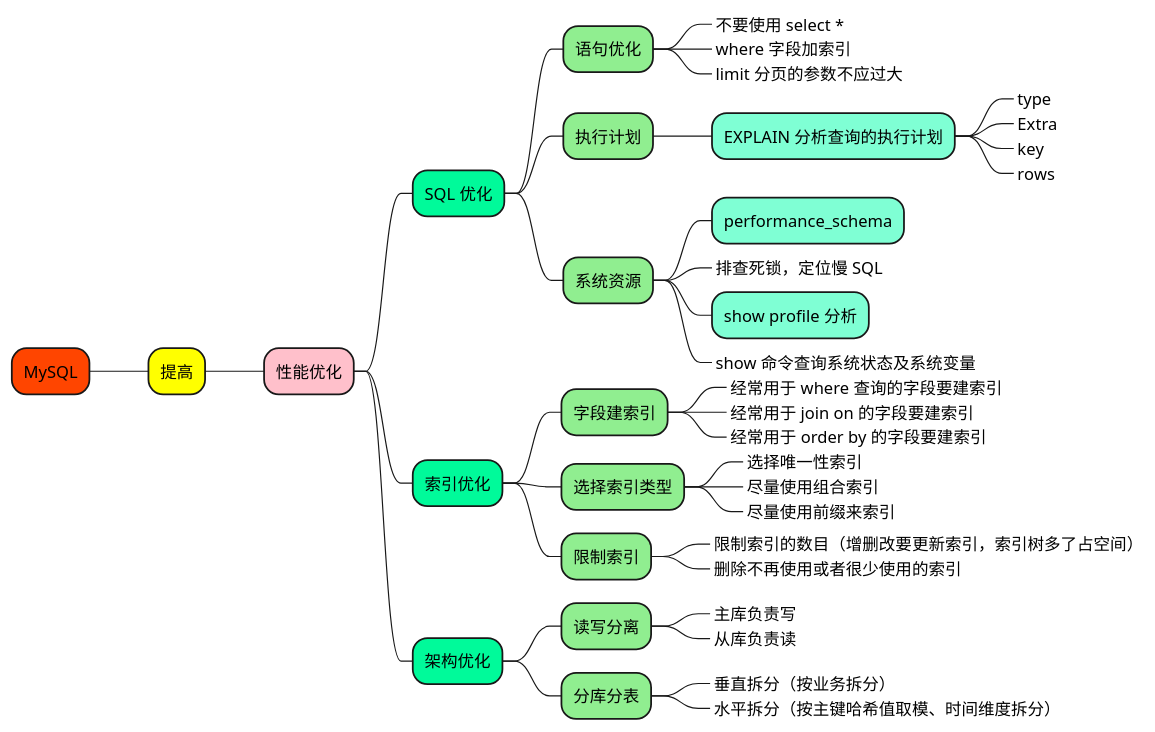
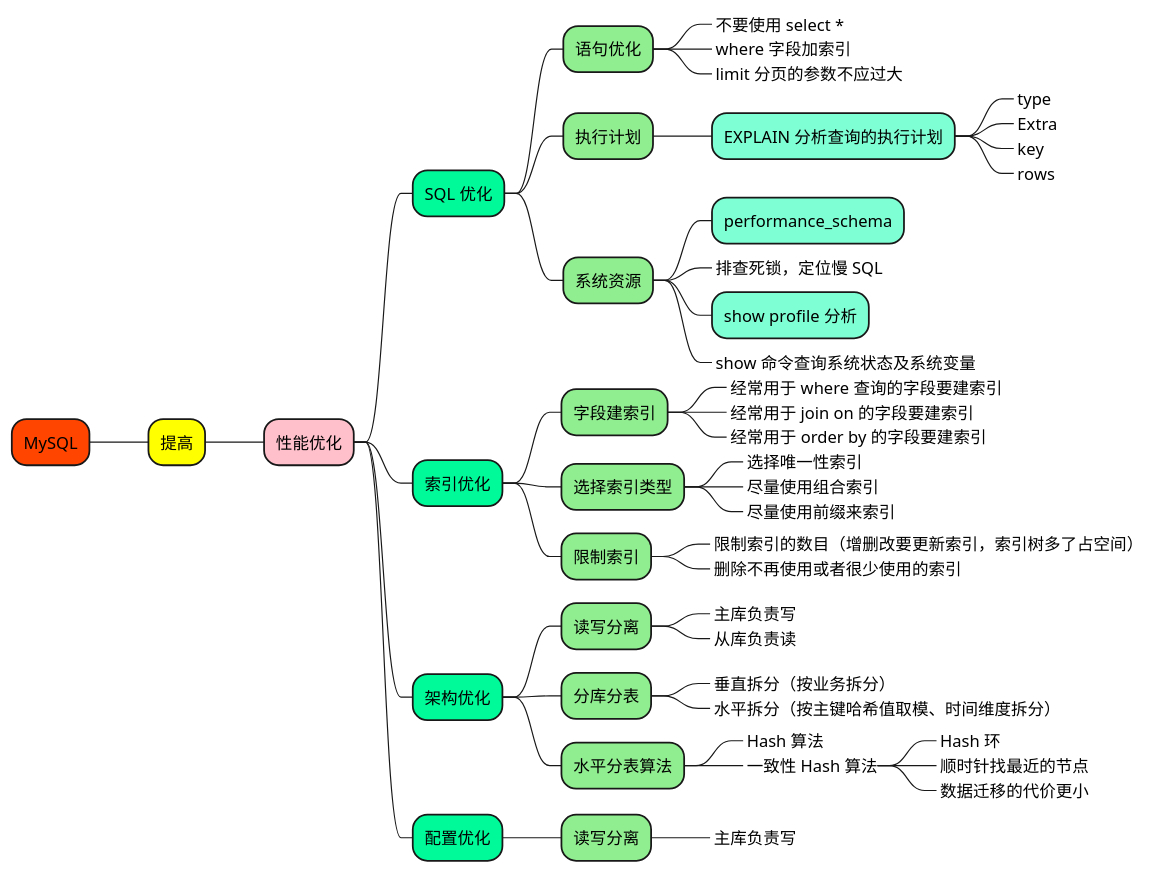
Before and after one commit to doveg/self-cultivation-of-a-software-engineer: the diagram in 1_map/4-database/MySQL-提高.puml, drawn with PlantUML. The commit also changed 11 other files, not shown here.

```diff
--- a/1_map/4-database/MySQL-提高.puml
+++ b/1_map/4-database/MySQL-提高.puml
@@ -1,57 +1,72 @@
 @startmindmap
 
 +[#OrangeRed] MySQL
 
 ++[#yellow] 提高
 
 +++[#Pink] 性能优化
 
 ++++[#MediumSpringGreen] SQL 优化
 +++++[#LightGreen] 语句优化
 ++++++[#LightBlue]_ 不要使用 select *
 ++++++[#LightBlue]_ where 字段加索引
 ++++++[#LightBlue]_ limit 分页的参数不应过大
 
 +++++[#LightGreen] 执行计划
 ++++++[#Aquamarine] EXPLAIN 分析查询的执行计划
 +++++++[#Aquamarine]_ type
 +++++++[#Aquamarine]_ Extra
 +++++++[#Aquamarine]_ key
 +++++++[#Aquamarine]_ rows
 
 +++++[#LightGreen] 系统资源
 ++++++[#Aquamarine] performance_schema
 ++++++[#Aquamarine]_ 排查死锁，定位慢 SQL
 ++++++[#Aquamarine] show profile 分析
 ++++++[#Aquamarine]_ show 命令查询系统状态及系统变量
 
 
 ++++[#MediumSpringGreen] 索引优化
 
 +++++[#LightGreen] 字段建索引
 ++++++[#Aquamarine]_ 经常用于 where 查询的字段要建索引
 ++++++[#Aquamarine]_ 经常用于 join on 的字段要建索引
 ++++++[#Aquamarine]_ 经常用于 order by 的字段要建索引
 
 +++++[#LightGreen] 选择索引类型
 ++++++[#Aquamarine]_ 选择唯一性索引
 ++++++[#Aquamarine]_ 尽量使用组合索引
 ++++++[#Aquamarine]_ 尽量使用前缀来索引
 
 +++++[#LightGreen] 限制索引
 ++++++[#Aquamarine]_ 限制索引的数目（增删改要更新索引，索引树多了占空间）
 ++++++[#Aquamarine]_ 删除不再使用或者很少使用的索引
 
 
 ++++[#MediumSpringGreen] 架构优化
 
 +++++[#LightGreen] 读写分离
 ++++++[#Aquamarine]_ 主库负责写
 ++++++[#Aquamarine]_ 从库负责读
 
 +++++[#LightGreen] 分库分表
 ++++++[#Aquamarine]_ 垂直拆分（按业务拆分）
 ++++++[#Aquamarine]_ 水平拆分（按主键哈希值取模、时间维度拆分）
 
++++++[#LightGreen] 水平分表算法
+++++++[#Aquamarine]_ Hash 算法
+++++++[#Aquamarine]_ 一致性 Hash 算法
++++++++[#Aquamarine]_ Hash 环
++++++++[#Aquamarine]_ 顺时针找最近的节点
++++++++[#Aquamarine]_ 数据迁移的代价更小
+
+
+++++[#MediumSpringGreen] 配置优化
+
++++++[#LightGreen] 读写分离
+++++++[#Aquamarine]_ 主库负责写
+
+
+
 
 @endmindmap
```
